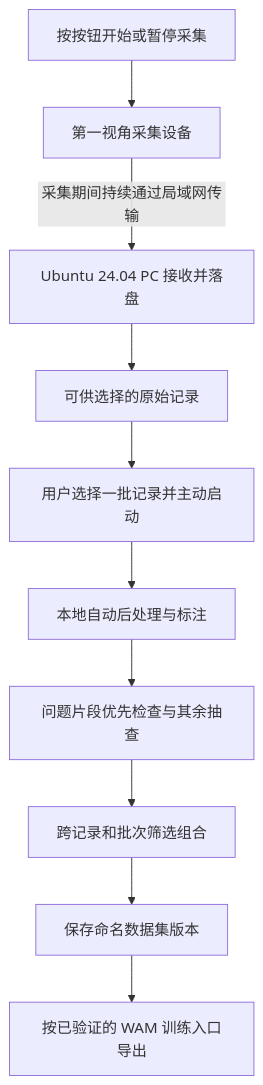
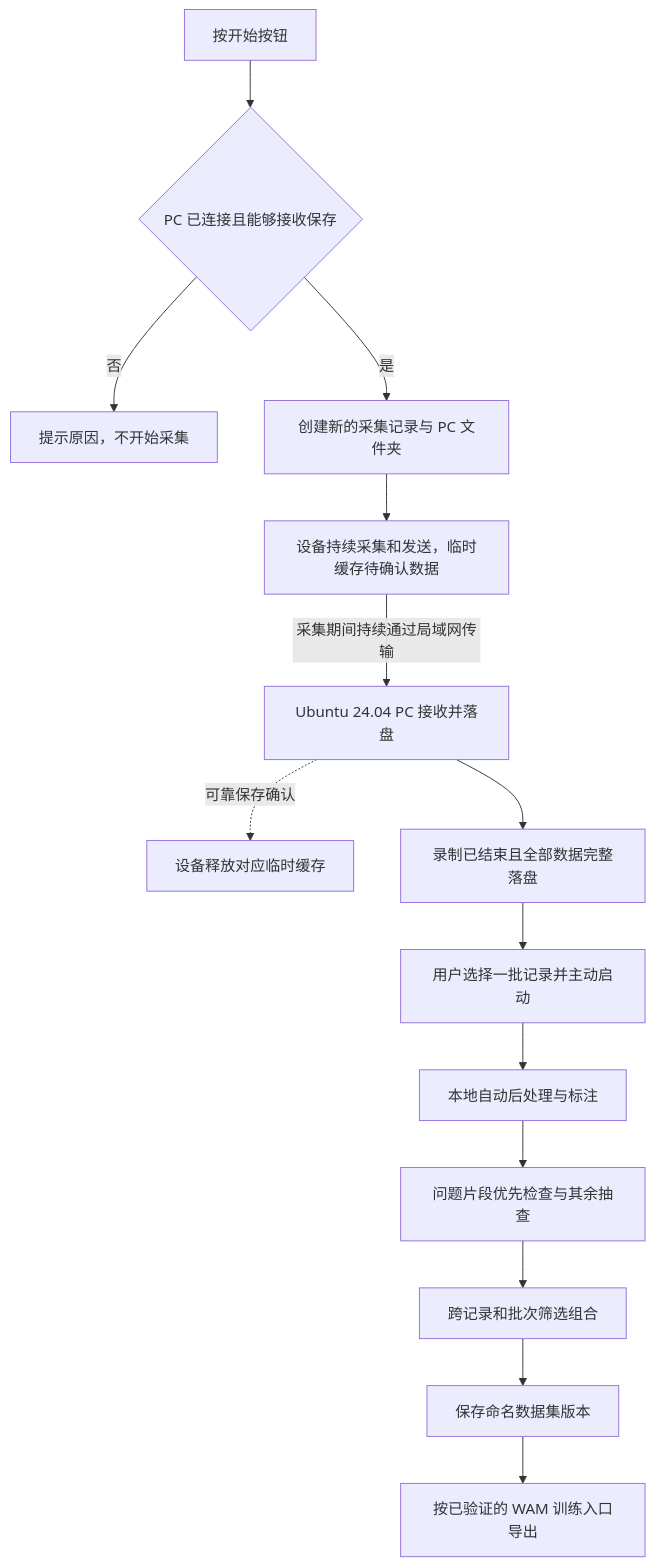
Before and after one commit to Auromix/capego: the diagram in design/product/workflow.md, drawn with Mermaid. The commit also changed other lines of this file and 12 other files, not shown here.

````diff
--- a/design/product/workflow.md
+++ b/design/product/workflow.md
@@ -20,12 +21,16 @@
 ```mermaid
 flowchart TD
-    A[按按钮开始或暂停采集] --> B[第一视角采集设备]
+    A[按开始按钮] --> R{PC 已连接且能够接收保存}
+    R -->|否| X[提示原因，不开始采集]
+    R -->|是| N[创建新的采集记录与 PC 文件夹]
+    N --> B[设备持续采集和发送，临时缓存待确认数据]
     B -->|采集期间持续通过局域网传输| C[Ubuntu 24.04 PC 接收并落盘]
-    C --> D[可供选择的原始记录]
+    C -.->|可靠保存确认| Q[设备释放对应临时缓存]
+    C --> D[录制已结束且全部数据完整落盘]
     D --> E[用户选择一批记录并主动启动]
     E --> F[本地自动后处理与标注]
     F --> G[问题片段优先检查与其余抽查]
     G --> H[跨记录和批次筛选组合]
     H --> I[保存命名数据集版本]
     I --> J[按已验证的 WAM 训练入口导出]
 ```
````
